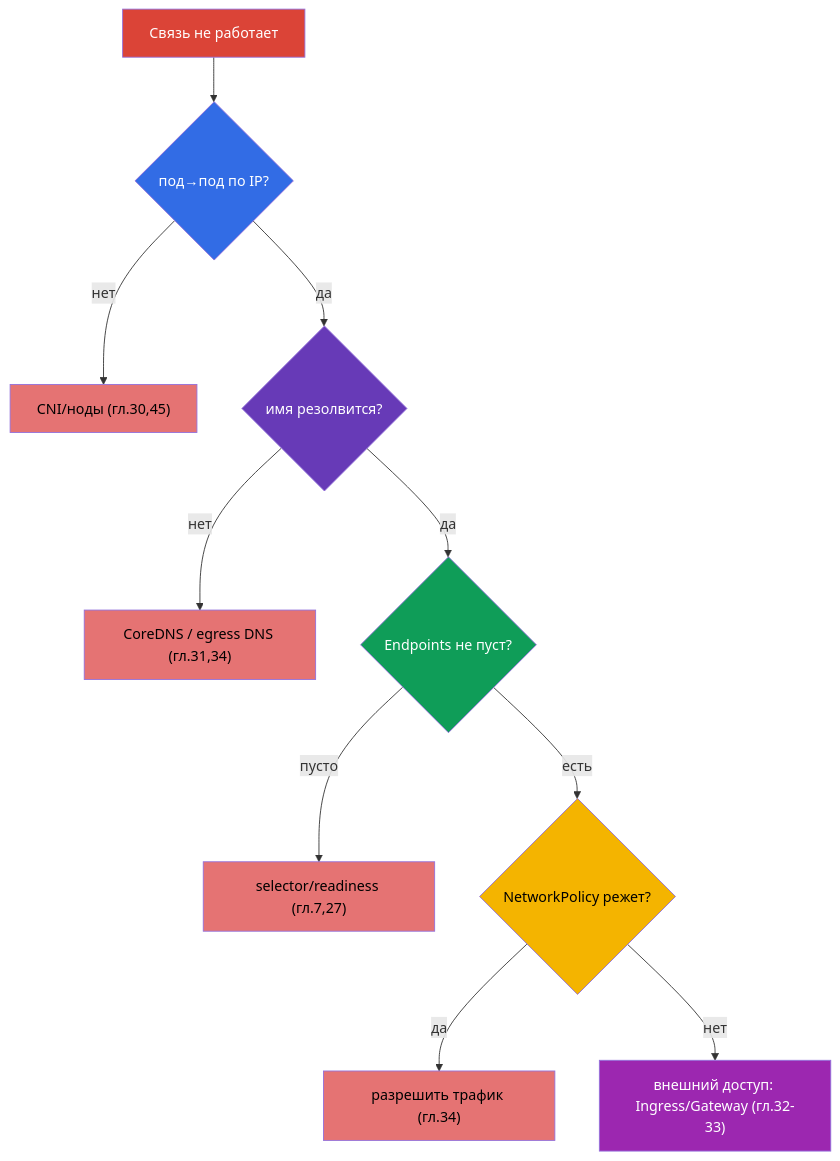
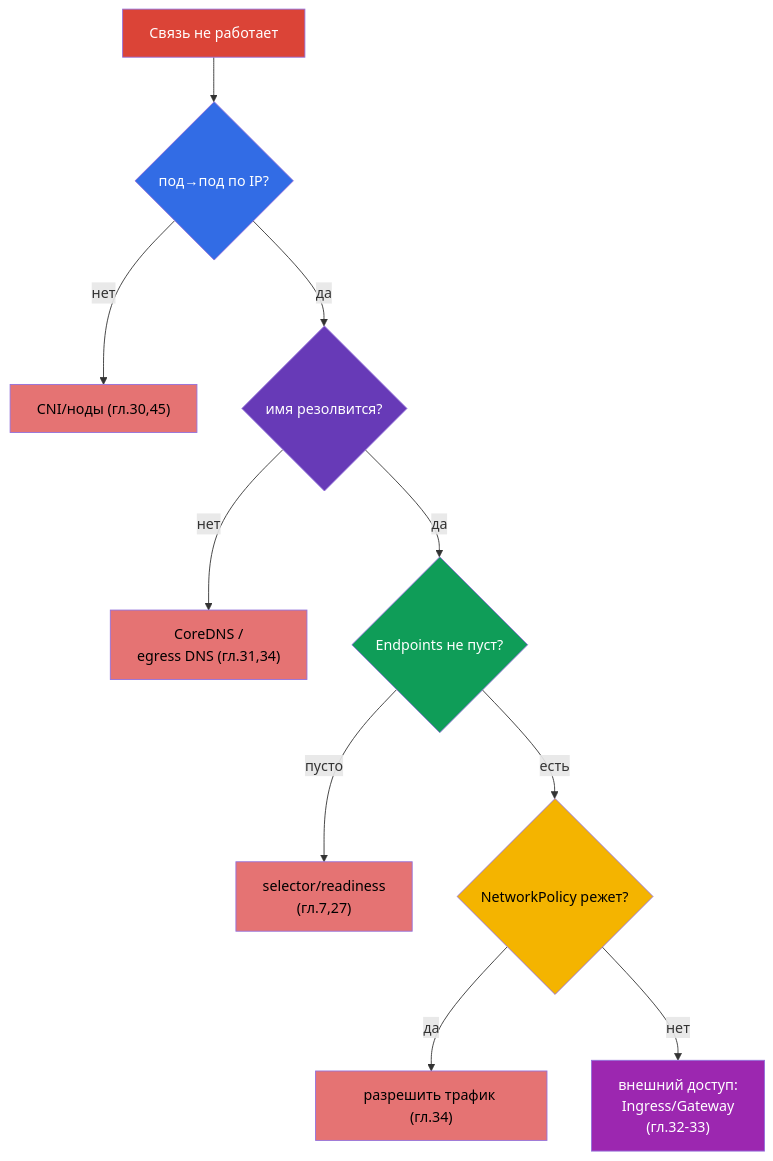
Before and after one commit to ViktorUJ/cks: the seventh of 7 diagrams in tasks/cka/course/46/ru.md, drawn with Mermaid. The commit also changed other lines of this file and 30 other files, not shown here.

````diff
--- a/tasks/cka/course/46/ru.md
+++ b/tasks/cka/course/46/ru.md
@@ -168,23 +168,23 @@
 ```mermaid
 flowchart TB
     start["Связь не работает"]
     start --> l1{"под→под по IP?"}
     l1 -->|"нет"| fixcni["CNI/ноды (гл.30,45)"]
     l1 -->|"да"| l2{"имя резолвится?"}
-    l2 -->|"нет"| fixdns["CoreDNS / egress DNS (гл.31,34)"]
+    l2 -->|"нет"| fixdns["CoreDNS /<br>egress DNS (гл.31,34)"]
     l2 -->|"да"| l3{"Endpoints не пуст?"}
-    l3 -->|"пусто"| fixep["selector/readiness (гл.7,27)"]
+    l3 -->|"пусто"| fixep["selector/readiness<br>(гл.7,27)"]
     l3 -->|"есть"| l4{"NetworkPolicy режет?"}
     l4 -->|"да"| fixnp["разрешить трафик (гл.34)"]
-    l4 -->|"нет"| l5["внешний доступ: Ingress/Gateway (гл.32-33)"]
+    l4 -->|"нет"| l5["внешний доступ:<br>Ingress/Gateway<br>(гл.32-33)"]
     style start fill:#db4437,color:#fff
     style l1 fill:#326ce5,color:#fff
     style l2 fill:#673ab7,color:#fff
     style l3 fill:#0f9d58,color:#fff
     style l4 fill:#f4b400,color:#000
     style l5 fill:#9c27b0,color:#fff
     style fixcni fill:#e57373,color:#000
     style fixdns fill:#e57373,color:#000
     style fixep fill:#e57373,color:#000
     style fixnp fill:#e57373,color:#000
 ```
````
